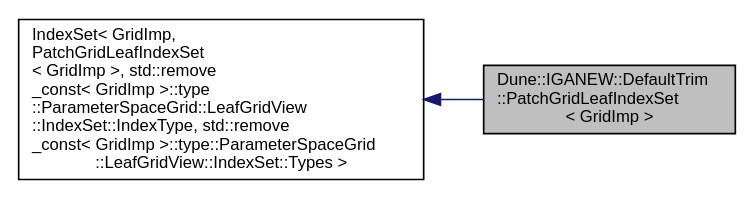
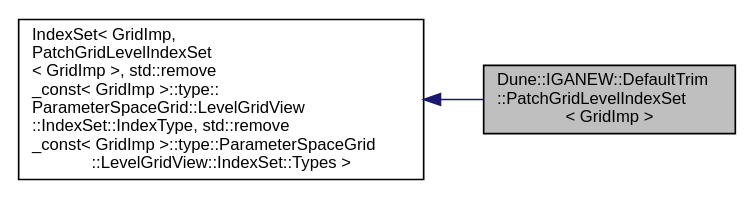
The diagram in d3/dbc/a01451.dot (rath3t/dune-iga-doc), drawn with Graphviz before and after one commit. The commit also changed 1206 other files, not shown here.

```diff
--- a/d3/dbc/a01451.dot
+++ b/d3/dbc/a01451.dot
@@ -1,10 +1,10 @@
-digraph "Dune::IGANEW::DefaultTrim::PatchGridLeafIndexSet&lt; GridImp &gt;"
+digraph "Dune::IGANEW::DefaultTrim::PatchGridLevelIndexSet&lt; GridImp &gt;"
 {
  // LATEX_PDF_SIZE
   edge [fontname="Helvetica",fontsize="10",labelfontname="Helvetica",labelfontsize="10"];
   node [fontname="Helvetica",fontsize="10",shape=record];
   rankdir="LR";
-  Node1 [label="Dune::IGANEW::DefaultTrim\l::PatchGridLeafIndexSet\l\< GridImp \>",height=0.2,width=0.4,color="black", fillcolor="grey75", style="filled", fontcolor="black",tooltip=" "];
+  Node1 [label="Dune::IGANEW::DefaultTrim\l::PatchGridLevelIndexSet\l\< GridImp \>",height=0.2,width=0.4,color="black", fillcolor="grey75", style="filled", fontcolor="black",tooltip=" "];
   Node2 -> Node1 [dir="back",color="midnightblue",fontsize="10",style="solid",fontname="Helvetica"];
-  Node2 [label="IndexSet\< GridImp,\l PatchGridLeafIndexSet\l\< GridImp \>, std::remove\l_const\< GridImp \>::type\l::ParameterSpaceGrid::LeafGridView\l::IndexSet::IndexType, std::remove\l_const\< GridImp \>::type::ParameterSpaceGrid\l::LeafGridView::IndexSet::Types \>",height=0.2,width=0.4,color="black", fillcolor="white", style="filled",tooltip=" "];
+  Node2 [label="IndexSet\< GridImp,\l PatchGridLevelIndexSet\l\< GridImp \>, std::remove\l_const\< GridImp \>::type::\lParameterSpaceGrid::LevelGridView\l::IndexSet::IndexType, std::remove\l_const\< GridImp \>::type::ParameterSpaceGrid\l::LevelGridView::IndexSet::Types \>",height=0.2,width=0.4,color="black", fillcolor="white", style="filled",tooltip=" "];
 }
```
